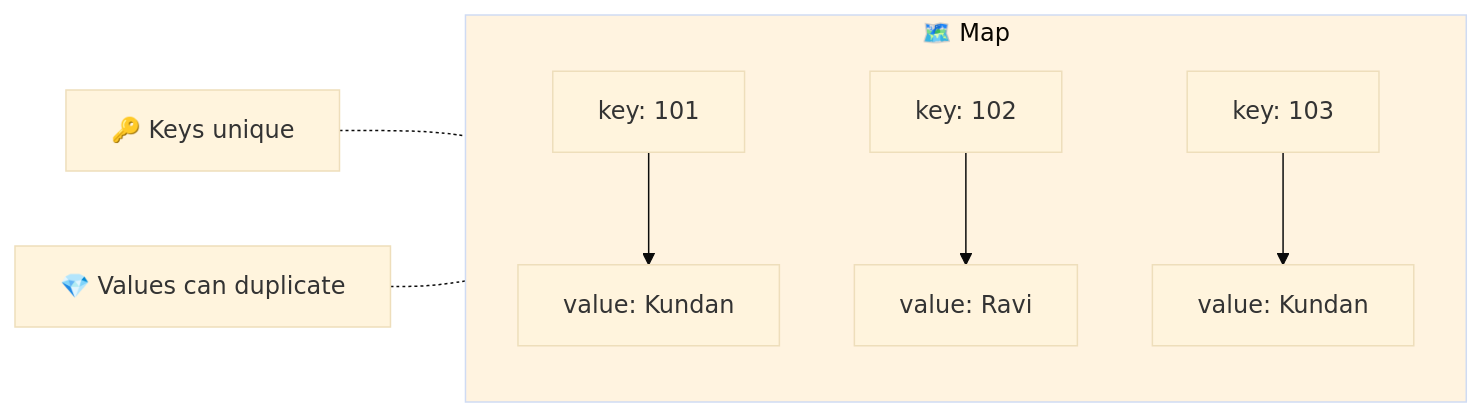
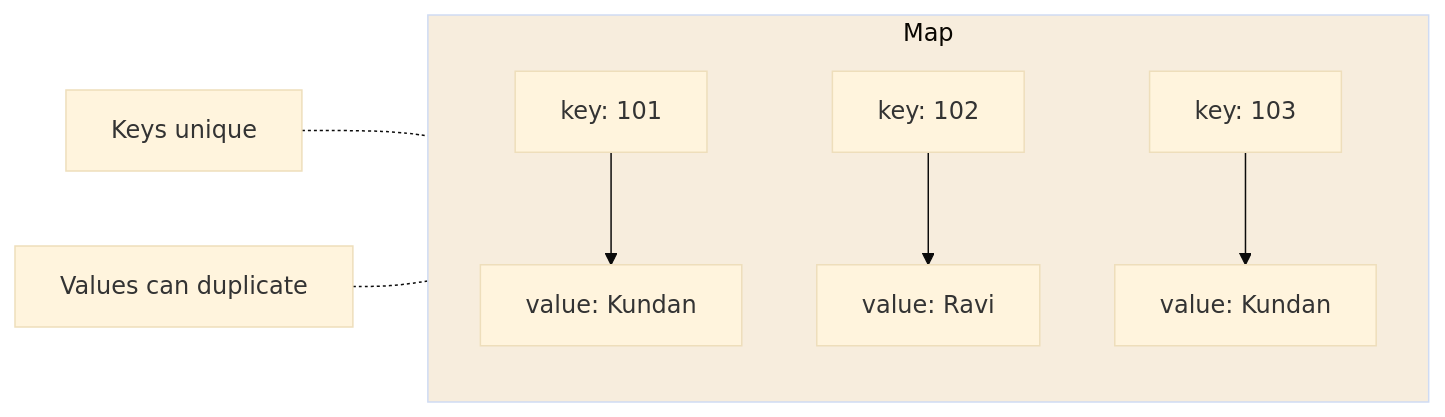
One commit to kundankumarsharma56/Leaning-Java changed the diagram in src/Theory/08-Collections-Framework/04-Map-Interface.md. Above: the diagram before and after it, drawn with Mermaid (base theme). The commit also changed other lines of this file and 84 other files, not shown here.

````diff
--- a/src/Theory/08-Collections-Framework/04-Map-Interface.md
+++ b/src/Theory/08-Collections-Framework/04-Map-Interface.md
@@ -21,11 +21,11 @@
 ```mermaid
 flowchart LR
-    subgraph MAP["🗺️ Map"]
+    subgraph MAP["Map"]
         K1["key: 101"] --> V1["value: Kundan"]
         K2["key: 102"] --> V2["value: Ravi"]
         K3["key: 103"] --> V3["value: Kundan"]
     end
-    N1["🔑 Keys unique"] -.- MAP
-    N2["💎 Values can duplicate"] -.- MAP
-    style MAP fill:#fff3e0
+    N1["Keys unique"] -.- MAP
+    N2["Values can duplicate"] -.- MAP
+    style MAP fill:#f7eddd
 ```
````
